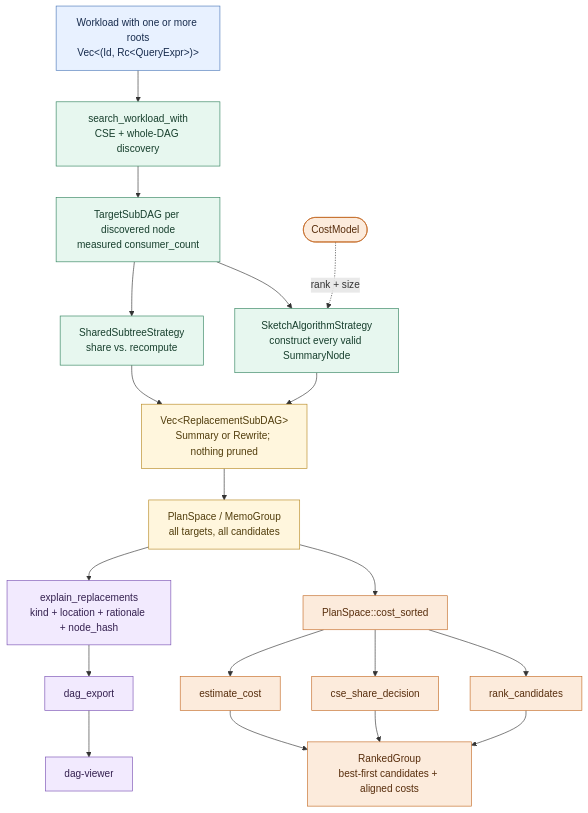
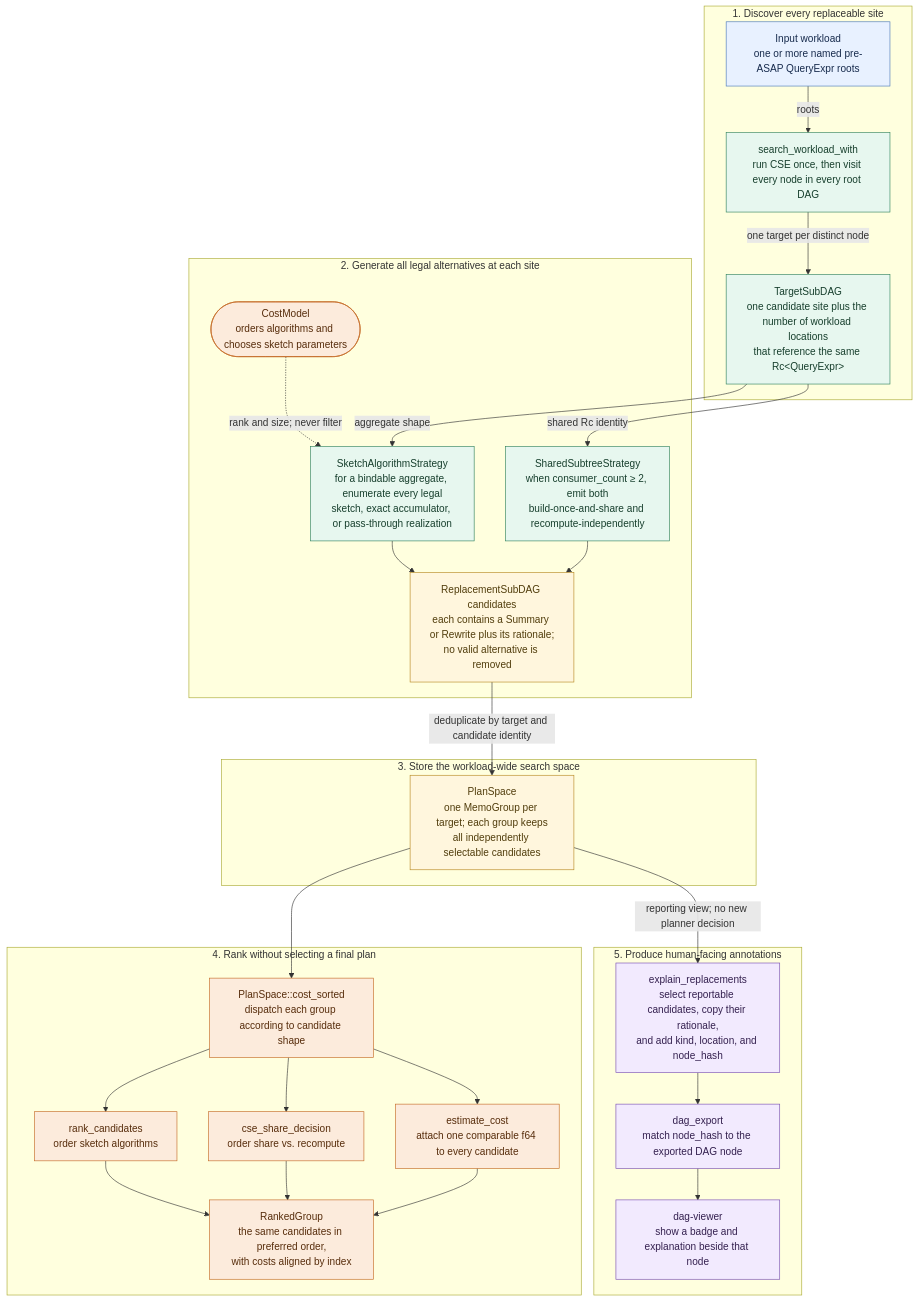
Before and after one commit to ProjectASAP/ASAPPlanner: the first of 6 diagrams in docs/developer_docs/ASAP-aware-mapping-developer-guide.md, drawn with Mermaid. The commit also changed other lines of this file, not shown here.

Commit message:
docs(asap-aware-mapping): make architecture diagrams self-explanatory

````diff
--- a/docs/developer_docs/ASAP-aware-mapping-developer-guide.md
+++ b/docs/developer_docs/ASAP-aware-mapping-developer-guide.md
@@ -48,31 +48,49 @@
 ```mermaid
 flowchart TB
   classDef input fill:#e8f1ff,stroke:#4b78b8,color:#172b4d
   classDef generate fill:#e7f7ef,stroke:#31835e,color:#173f2d
   classDef store fill:#fff6dd,stroke:#b78922,color:#513d0c
   classDef choose fill:#fcebdc,stroke:#c46a25,color:#572d0c
   classDef report fill:#f2eafe,stroke:#7950b3,color:#34204f
 
-  WL["Workload with one or more roots<br/>Vec&lt;(Id, Rc&lt;QueryExpr&gt;)&gt;"]:::input
-  WL --> SEARCH["search_workload_with<br/>CSE + whole-DAG discovery"]:::generate
-  SEARCH --> TARGET["TargetSubDAG per discovered node<br/>measured consumer_count"]:::generate
+  subgraph DISCOVERY[1. Discover every replaceable site]
+    WL["Input workload<br/>one or more named pre-ASAP QueryExpr roots"]:::input
+    SEARCH["search_workload_with<br/>run CSE once, then visit every node in every root DAG"]:::generate
+    TARGET["TargetSubDAG<br/>one candidate site plus the number of workload locations<br/>that reference the same Rc&lt;QueryExpr&gt;"]:::generate
+    WL -->|"roots"| SEARCH -->|"one target per distinct node"| TARGET
+  end
 
-  TARGET --> SKETCH["SketchAlgorithmStrategy<br/>construct every valid SummaryNode"]:::generate
-  TARGET --> SHARED["SharedSubtreeStrategy<br/>share vs. recompute"]:::generate
-  CM([CostModel]):::choose -. "rank + size" .-> SKETCH
-  SKETCH --> CAND["Vec&lt;ReplacementSubDAG&gt;<br/>Summary or Rewrite; nothing pruned"]:::store
-  SHARED --> CAND
-  CAND --> MEMO["PlanSpace / MemoGroup<br/>all targets, all candidates"]:::store
+  subgraph GENERATION[2. Generate all legal alternatives at each site]
+    SKETCH["SketchAlgorithmStrategy<br/>for a bindable aggregate, enumerate every legal<br/>sketch, exact accumulator, or pass-through realization"]:::generate
+    SHARED["SharedSubtreeStrategy<br/>when consumer_count ≥ 2, emit both<br/>build-once-and-share and recompute-independently"]:::generate
+    CAND["ReplacementSubDAG candidates<br/>each contains a Summary or Rewrite plus its rationale;<br/>no valid alternative is removed"]:::store
+    TARGET -->|"aggregate shape"| SKETCH --> CAND
+    TARGET -->|"shared Rc identity"| SHARED --> CAND
+    CM(["CostModel<br/>orders algorithms and chooses sketch parameters"]):::choose
+    CM -. "rank and size; never filter" .-> SKETCH
+  end
 
-  MEMO --> SORT[PlanSpace::cost_sorted]:::choose
-  SORT --> RANK[rank_candidates]:::choose
-  SORT --> CSE[cse_share_decision]:::choose
-  SORT --> COST[estimate_cost]:::choose
-  RANK --> GROUP["RankedGroup<br/>best-first candidates + aligned costs"]:::choose
-  CSE --> GROUP
-  COST --> GROUP
+  subgraph SEARCHSPACE[3. Store the workload-wide search space]
+    MEMO["PlanSpace<br/>one MemoGroup per target; each group keeps<br/>all independently selectable candidates"]:::store
+    CAND -->|"deduplicate by target and candidate identity"| MEMO
+  end
 
-  MEMO --> EXPLAIN["explain_replacements<br/>kind + location + rationale + node_hash"]:::report
-  EXPLAIN --> EXPORT[dag_export]:::report
-  EXPORT --> VIEWER[dag-viewer]:::report
+  subgraph RANKING[4. Rank without selecting a final plan]
+    SORT["PlanSpace::cost_sorted<br/>dispatch each group according to candidate shape"]:::choose
+    RANK["rank_candidates<br/>order sketch algorithms"]:::choose
+    CSE["cse_share_decision<br/>order share vs. recompute"]:::choose
+    COST["estimate_cost<br/>attach one comparable f64 to every candidate"]:::choose
+    GROUP["RankedGroup<br/>the same candidates in preferred order,<br/>with costs aligned by index"]:::choose
+    MEMO --> SORT
+    SORT --> RANK --> GROUP
+    SORT --> CSE --> GROUP
+    SORT --> COST --> GROUP
+  end
+
+  subgraph REPORTING[5. Produce human-facing annotations]
+    EXPLAIN["explain_replacements<br/>select reportable candidates, copy their rationale,<br/>and add kind, location, and node_hash"]:::report
+    EXPORT["dag_export<br/>match node_hash to the exported DAG node"]:::report
+    VIEWER["dag-viewer<br/>show a badge and explanation beside that node"]:::report
+    MEMO -->|"reporting view; no new planner decision"| EXPLAIN --> EXPORT --> VIEWER
+  end
 ```
````
